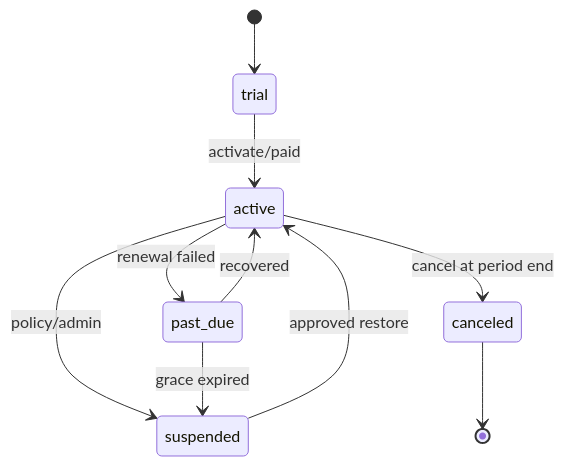
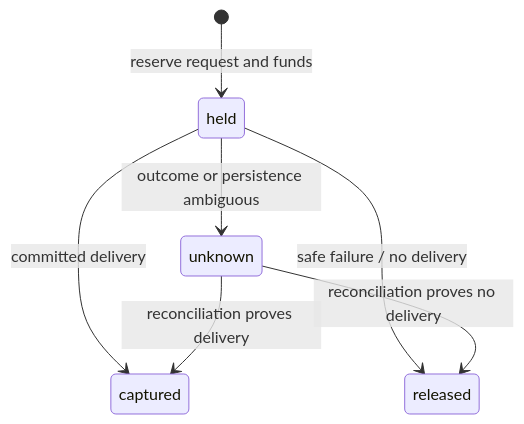
One commit to qpjoy/de-llaaddddeerr changed the diagram in electron-dock/mx-insight-hub/docs/product/commercial-control-plane.md. Above: the diagram before and after it, drawn with Mermaid. The commit also changed other lines of this file and 49 other files, not shown here.

````diff
--- a/electron-dock/mx-insight-hub/docs/product/commercial-control-plane.md
+++ b/electron-dock/mx-insight-hub/docs/product/commercial-control-plane.md
@@ -107,12 +111,9 @@
 ```mermaid
 stateDiagram-v2
-  [*] --> trial
-  trial --> active: activate/paid
-  active --> past_due: renewal failed
-  past_due --> active: recovered
-  active --> suspended: policy/admin
-  past_due --> suspended: grace expired
-  active --> canceled: cancel at period end
-  suspended --> active: approved restore
-  canceled --> [*]
+  [*] --> held: reserve request and funds
+  held --> captured: committed delivery
+  held --> released: safe failure / no delivery
+  held --> unknown: outcome or persistence ambiguous
+  unknown --> captured: reconciliation proves delivery
+  unknown --> released: reconciliation proves no delivery
 ```
````
